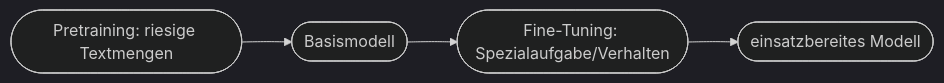
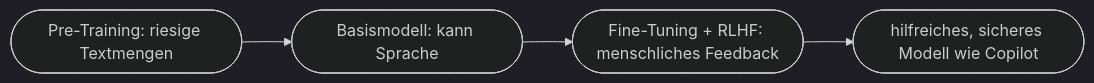
One commit to Qualidy/Prompt-Engineering-KI-in-der-Arbeitswelt changed the second of 2 diagrams in docs/content/kapitel16.md. Above: the diagram before and after it, drawn with Mermaid (dark theme). The commit also changed other lines of this file and 80 other files, not shown here.

````diff
--- a/docs/content/kapitel16.md
+++ b/docs/content/kapitel16.md
@@ -50,6 +65,6 @@
 ```mermaid
 flowchart LR
-    A([Pretraining: riesige Textmengen]) --> B([Basismodell])
-    B --> C([Fine-Tuning: Spezialaufgabe/Verhalten])
-    C --> D([einsatzbereites Modell])
+    A([Pre-Training: riesige Textmengen]) --> B([Basismodell: kann Sprache])
+    B --> C([Fine-Tuning + RLHF: menschliches Feedback])
+    C --> D([hilfreiches, sicheres Modell wie Copilot])
 ```
````
